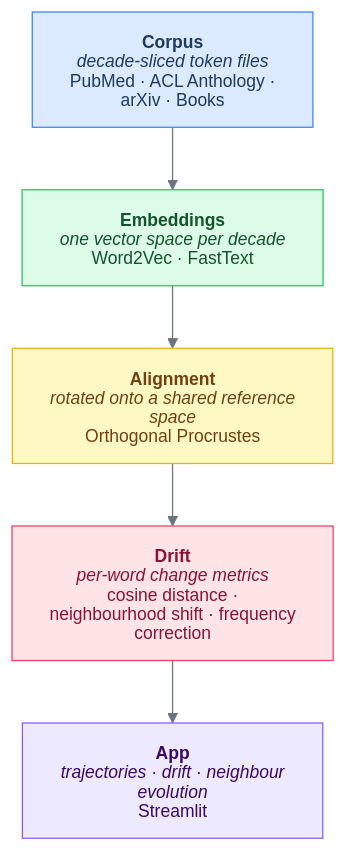
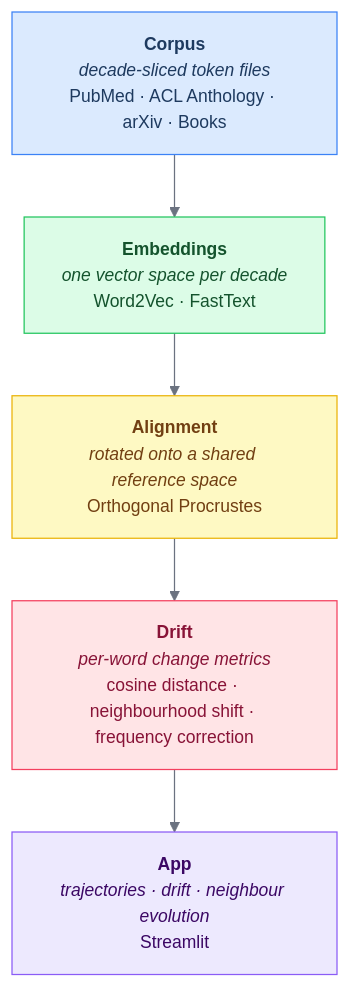
The diagram in README.md (Dovalization/interpretant), drawn with Mermaid before and after one commit.

Commit message:
docs(readme): switch to HTML labels to fix node text wrapping

````diff
--- a/README.md
+++ b/README.md
@@ -46,31 +46,17 @@
 ```mermaid
-%%{init: {'theme': 'base', 'htmlLabels': false, 'markdownAutoWrap': false, 'themeVariables': {'fontSize': '14px', 'lineColor': '#6b7280'}}}%%
+%%{init: {'theme': 'base', 'themeVariables': {'fontSize': '14px', 'lineColor': '#6b7280'}}}%%
 flowchart TD
     classDef corpus fill:#dbeafe,stroke:#3b82f6,color:#1e3a5f
     classDef embed  fill:#dcfce7,stroke:#22c55e,color:#14532d
     classDef align  fill:#fef9c3,stroke:#eab308,color:#713f12
     classDef drift  fill:#ffe4e6,stroke:#f43f5e,color:#881337
     classDef app    fill:#ede9fe,stroke:#8b5cf6,color:#3b0764
 
-    C["`**Corpus**
-    *decade-sliced token files*
-    PubMed · ACL Anthology · arXiv · Books`"]:::corpus
-
-    E["`**Embeddings**
-    *one vector space per decade*
-    Word2Vec · FastText`"]:::embed
-
-    A["`**Alignment**
-    *rotated onto a shared reference space*
-    Orthogonal Procrustes`"]:::align
-
-    D["`**Drift**
-    *per-word change metrics*
-    cosine distance · neighbourhood shift · frequency correction`"]:::drift
-
-    P["`**App**
-    *trajectories · drift · neighbour evolution*
-    Streamlit`"]:::app
+    C["<b>Corpus</b><br/><i>decade-sliced token files</i><br/>PubMed · ACL Anthology · arXiv · Books"]:::corpus
+    E["<b>Embeddings</b><br/><i>one vector space per decade</i><br/>Word2Vec · FastText"]:::embed
+    A["<b>Alignment</b><br/><i>rotated onto a shared reference space</i><br/>Orthogonal Procrustes"]:::align
+    D["<b>Drift</b><br/><i>per-word change metrics</i><br/>cosine distance · neighbourhood shift · frequency correction"]:::drift
+    P["<b>App</b><br/><i>trajectories · drift · neighbour evolution</i><br/>Streamlit"]:::app
 
     C --> E --> A --> D --> P
 ```
````
